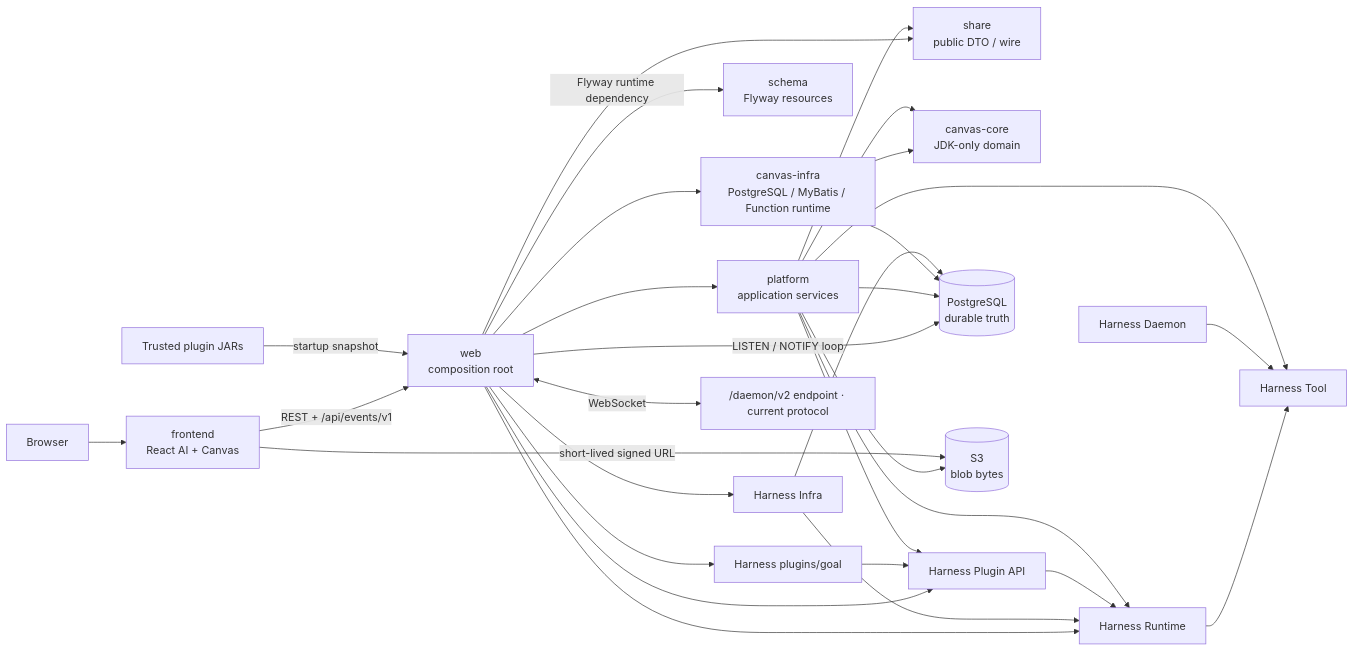
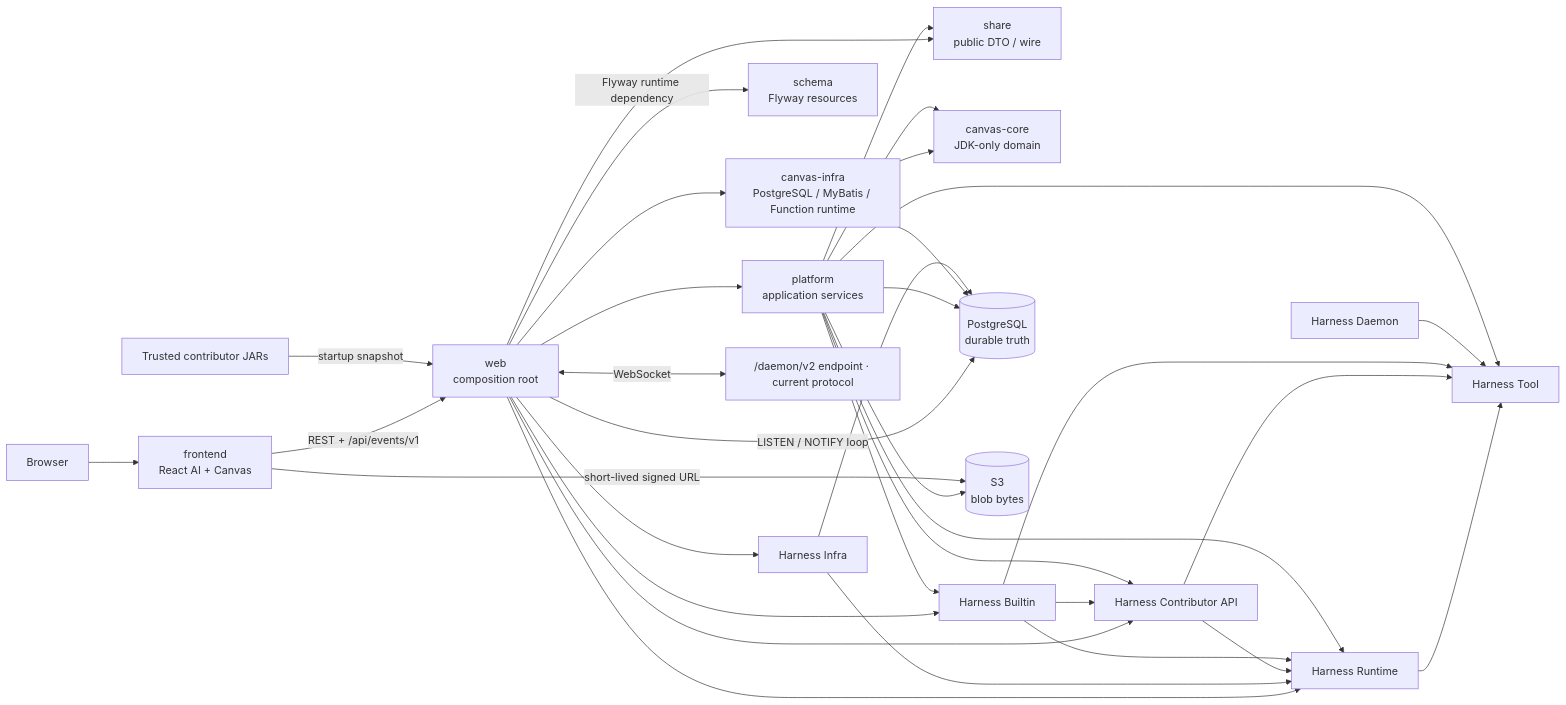
One commit to fengwk/kk-studio changed the diagram in docs/system-design.md. Above: the diagram before and after it, drawn with Mermaid. The commit also changed other lines of this file and 13 other files, not shown here.

Commit message:
docs(harness): align architecture documentation with contributor model

````diff
--- a/docs/system-design.md
+++ b/docs/system-design.md
@@ -23,51 +23,55 @@
 ```mermaid
 flowchart LR
     Browser[Browser]
     Frontend[frontend<br/>React AI + Canvas]
     Web[web<br/>composition root]
     Share[share<br/>public DTO / wire]
     Platform[platform<br/>application services]
     Schema[schema<br/>Flyway resources]
     CanvasCore[canvas-core<br/>JDK-only domain]
     CanvasInfra[canvas-infra<br/>PostgreSQL / MyBatis / Function runtime]
     HarnessTool[Harness Tool]
     HarnessRuntime[Harness Runtime]
-    HarnessPluginApi[Harness Plugin API]
+    HarnessContributorApi[Harness Contributor API]
     HarnessInfra[Harness Infra]
     HarnessDaemon[Harness Daemon]
-    HarnessGoal[Harness plugins/goal]
+    HarnessBuiltin[Harness Builtin]
     PG[(PostgreSQL<br/>durable truth)]
     S3[(S3<br/>blob bytes)]
     Env["/daemon/v2 endpoint · current protocol"]
-    Trusted[Trusted plugin JARs]
+    Trusted[Trusted contributor JARs]
 
     Browser --> Frontend
     Frontend -->|REST + /api/events/v1| Web
     Web --> Share
     Web --> Platform
     Web --> CanvasInfra
     Web --> HarnessInfra
     Web --> HarnessRuntime
-    Web --> HarnessPluginApi
-    Web --> HarnessGoal
+    Web --> HarnessContributorApi
+    Web --> HarnessBuiltin
     CanvasInfra --> CanvasCore
     HarnessInfra --> HarnessRuntime
     HarnessRuntime --> HarnessTool
-    HarnessPluginApi --> HarnessRuntime
-    HarnessGoal --> HarnessPluginApi
+    HarnessContributorApi --> HarnessRuntime
+    HarnessContributorApi --> HarnessTool
+    HarnessBuiltin --> HarnessContributorApi
+    HarnessBuiltin --> HarnessRuntime
+    HarnessBuiltin --> HarnessTool
     HarnessDaemon --> HarnessTool
     Platform --> CanvasCore
     Platform --> Share
     Platform --> HarnessRuntime
     Platform --> HarnessTool
-    Platform --> HarnessPluginApi
+    Platform --> HarnessContributorApi
+    Platform --> HarnessBuiltin
     Web -->|Flyway runtime dependency| Schema
     Web -->|LISTEN / NOTIFY loop| PG
     Platform --> PG
     Platform --> S3
     CanvasInfra --> PG
     HarnessInfra --> PG
     Frontend -->|short-lived signed URL| S3
     Web <-->|WebSocket| Env
     Trusted -->|startup snapshot| Web
 ```
````
